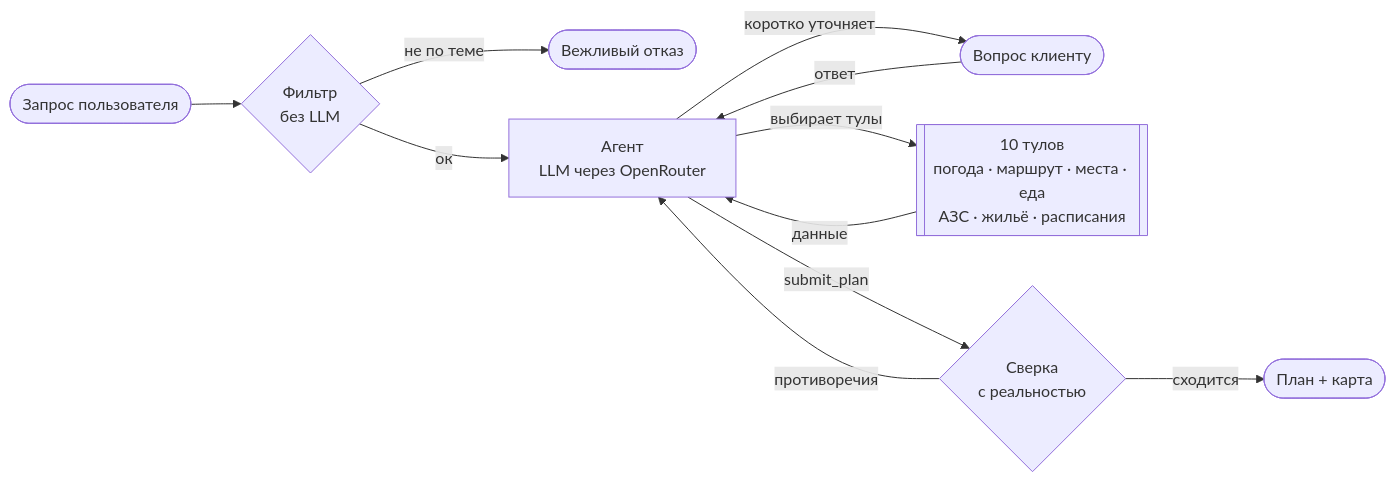
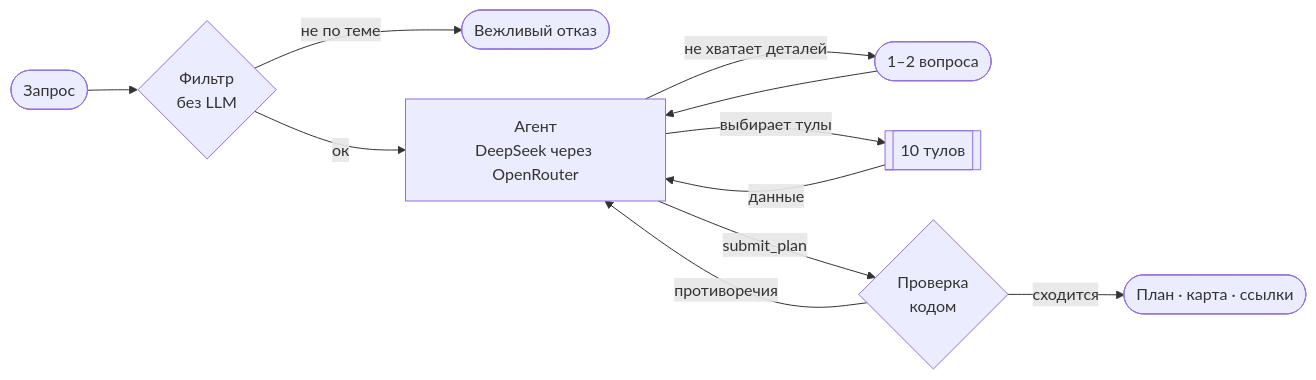
Before and after one commit to BessolitsinGleb/AI-ta: the first of 2 diagrams in README.md, drawn with Mermaid. The commit also changed other lines of this file and 16 other files, not shown here.

````diff
--- a/README.md
+++ b/README.md
@@ -46,13 +70,12 @@
 ```mermaid
 flowchart LR
-    U([Запрос пользователя]) --> G{Фильтр<br>без LLM}
+    U([Запрос]) --> G{Фильтр<br>без LLM}
     G -- не по теме --> R([Вежливый отказ])
-    G -- ок --> A[Агент<br>LLM через OpenRouter]
-    A -- коротко уточняет --> Q([Вопрос клиенту])
-    Q -- ответ --> A
-    A -- выбирает тулы --> T[["10 тулов<br>погода · маршрут · места · еда<br>АЗС · жильё · расписания"]]
+    G -- ок --> A[Агент<br>DeepSeek через OpenRouter]
+    A -- не хватает деталей --> Q([1–2 вопроса]) --> A
+    A -- выбирает тулы --> T[[10 тулов]]
     T -- данные --> A
-    A -- submit_plan --> V{Сверка<br>с реальностью}
+    A -- submit_plan --> V{Проверка<br>кодом}
     V -- противоречия --> A
-    V -- сходится --> P([План + карта])
+    V -- сходится --> P([План · карта · ссылки])
 ```
````
